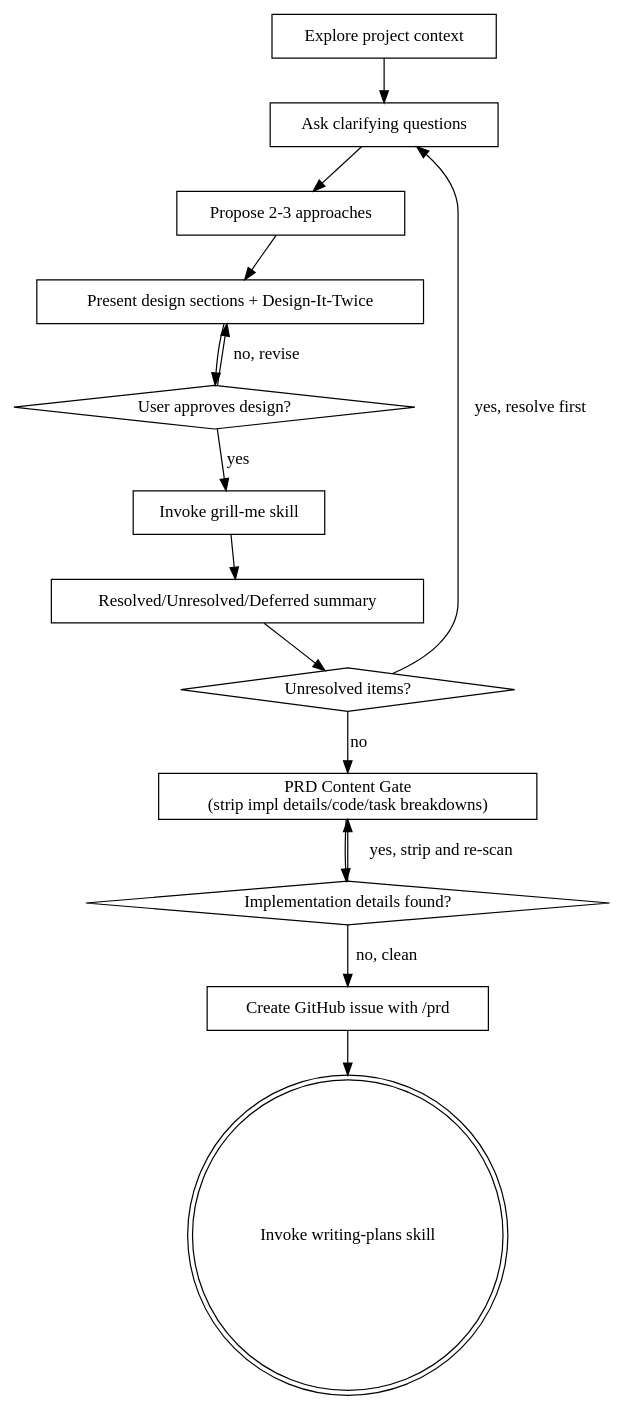
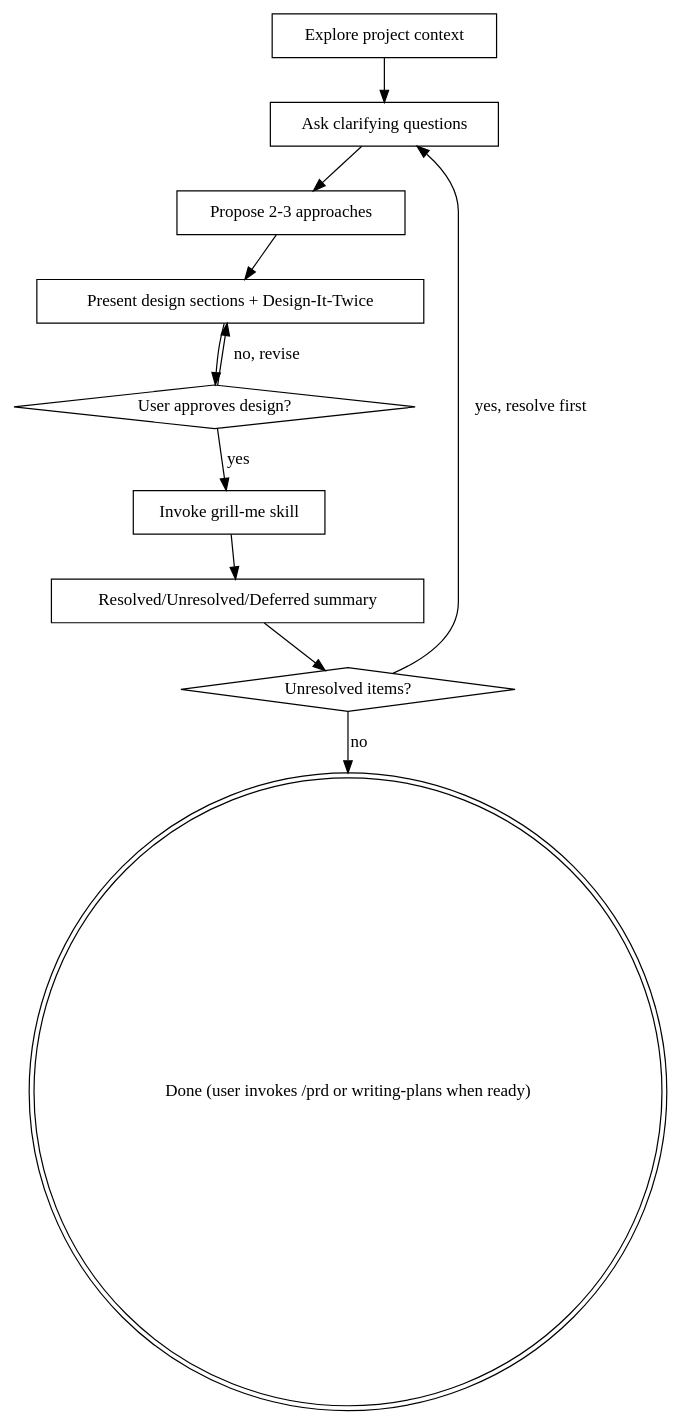
Before and after one commit to MatthieuGagne/gmb-nuke-raider: the diagram in .claude/skills/brainstorming/SKILL.md, drawn with Graphviz. The commit also changed other lines of this file and 18 other files, not shown here.

First line of the commit message:
refactor: clarify dev cycle — decouple brainstorming, inline clarify+grill, expert-routing debug, skill→agent conversions

````diff
--- a/.claude/skills/brainstorming/SKILL.md
+++ b/.claude/skills/brainstorming/SKILL.md
@@ -64,31 +56,24 @@
 ```dot
 digraph brainstorming {
     "Explore project context" [shape=box];
     "Ask clarifying questions" [shape=box];
     "Propose 2-3 approaches" [shape=box];
     "Present design sections + Design-It-Twice" [shape=box];
     "User approves design?" [shape=diamond];
-    "Create GitHub issue with /prd" [shape=box];
-    "Invoke writing-plans skill" [shape=doublecircle];
+    "Invoke grill-me skill" [shape=box];
+    "Resolved/Unresolved/Deferred summary" [shape=box];
+    "Unresolved items?" [shape=diamond];
+    "Done (user invokes /prd or writing-plans when ready)" [shape=doublecircle];
 
     "Explore project context" -> "Ask clarifying questions";
     "Ask clarifying questions" -> "Propose 2-3 approaches";
     "Propose 2-3 approaches" -> "Present design sections + Design-It-Twice";
     "Present design sections + Design-It-Twice" -> "User approves design?";
     "User approves design?" -> "Present design sections + Design-It-Twice" [label="no, revise"];
     "User approves design?" -> "Invoke grill-me skill" [label="yes"];
-    "Invoke grill-me skill" [shape=box];
     "Invoke grill-me skill" -> "Resolved/Unresolved/Deferred summary";
-    "Resolved/Unresolved/Deferred summary" [shape=box];
-    "Unresolved items?" [shape=diamond];
     "Resolved/Unresolved/Deferred summary" -> "Unresolved items?";
     "Unresolved items?" -> "Ask clarifying questions" [label="yes, resolve first"];
-    "Unresolved items?" -> "PRD Content Gate" [label="no"];
-    "PRD Content Gate" [shape=box label="PRD Content Gate\n(strip impl details/code/task breakdowns)"];
-    "Implementation details found?" [shape=diamond];
-    "PRD Content Gate" -> "Implementation details found?";
-    "Implementation details found?" -> "PRD Content Gate" [label="yes, strip and re-scan"];
-    "Implementation details found?" -> "Create GitHub issue with /prd" [label="no, clean"];
-    "Create GitHub issue with /prd" -> "Invoke writing-plans skill";
+    "Unresolved items?" -> "Done (user invokes /prd or writing-plans when ready)" [label="no"];
 }
 ```
````
